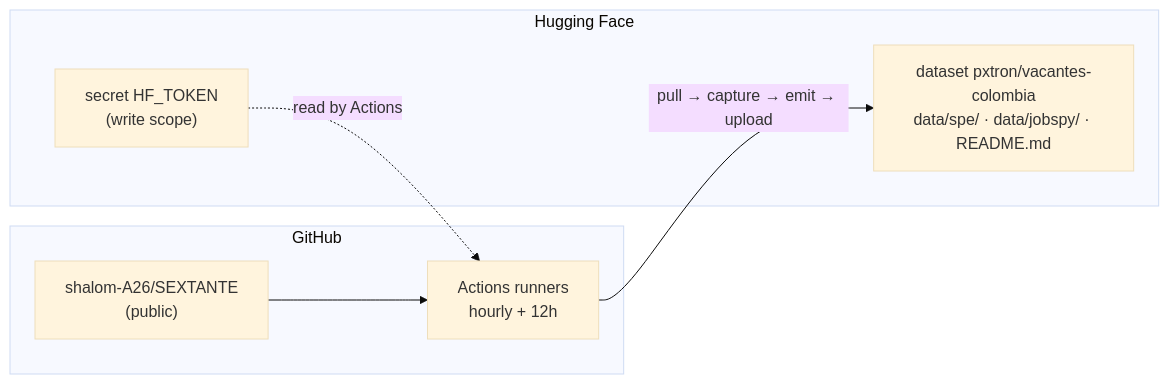
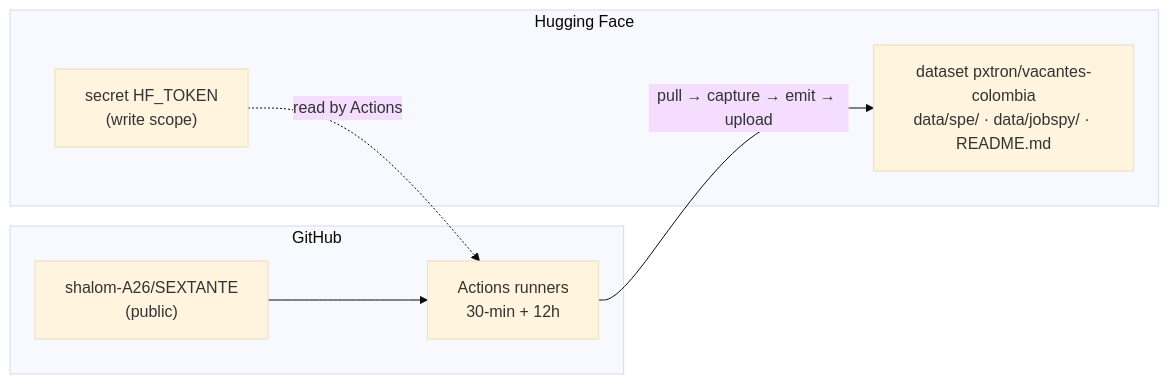
Before and after one commit to shalom-A26/SEXTANTE: the fourth of 7 diagrams in docs/architecture.md, drawn with Mermaid (base theme). The commit also changed other lines of this file and 8 other files, not shown here.

````diff
--- a/docs/architecture.md
+++ b/docs/architecture.md
@@ -192,16 +195,16 @@
 ```mermaid
 flowchart LR
     subgraph GH["GitHub"]
         repo["shalom-A26/SEXTANTE<br/>(public)"]
-        actions["Actions runners<br/>hourly + 12h"]
+        actions["Actions runners<br/>30-min + 12h"]
     end
 
     subgraph HF["Hugging Face"]
         ds["dataset pxtron/vacantes-colombia<br/>data/spe/ · data/jobspy/ · README.md"]
         secret["secret HF_TOKEN<br/>(write scope)"]
     end
 
     repo --> actions
     actions -->|"pull → capture → emit → upload"| ds
     secret -.->|"read by Actions"| actions
 ```
````
